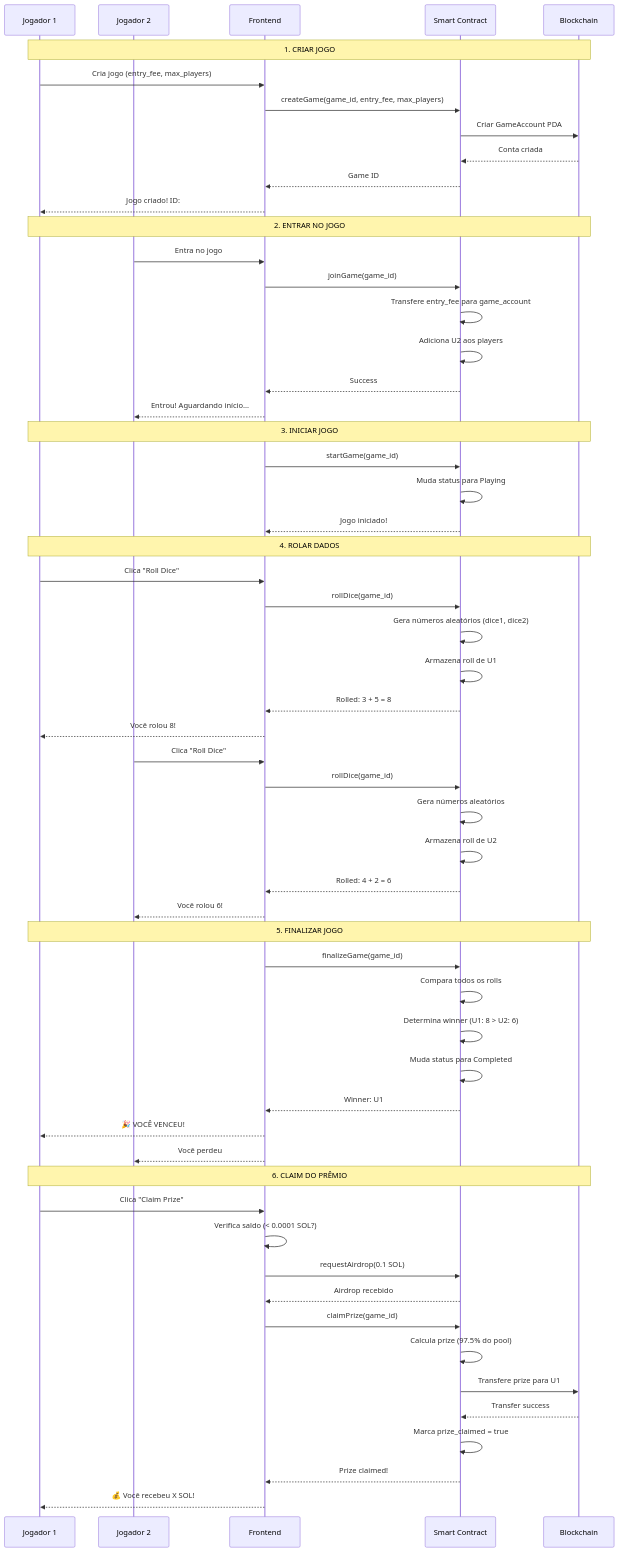
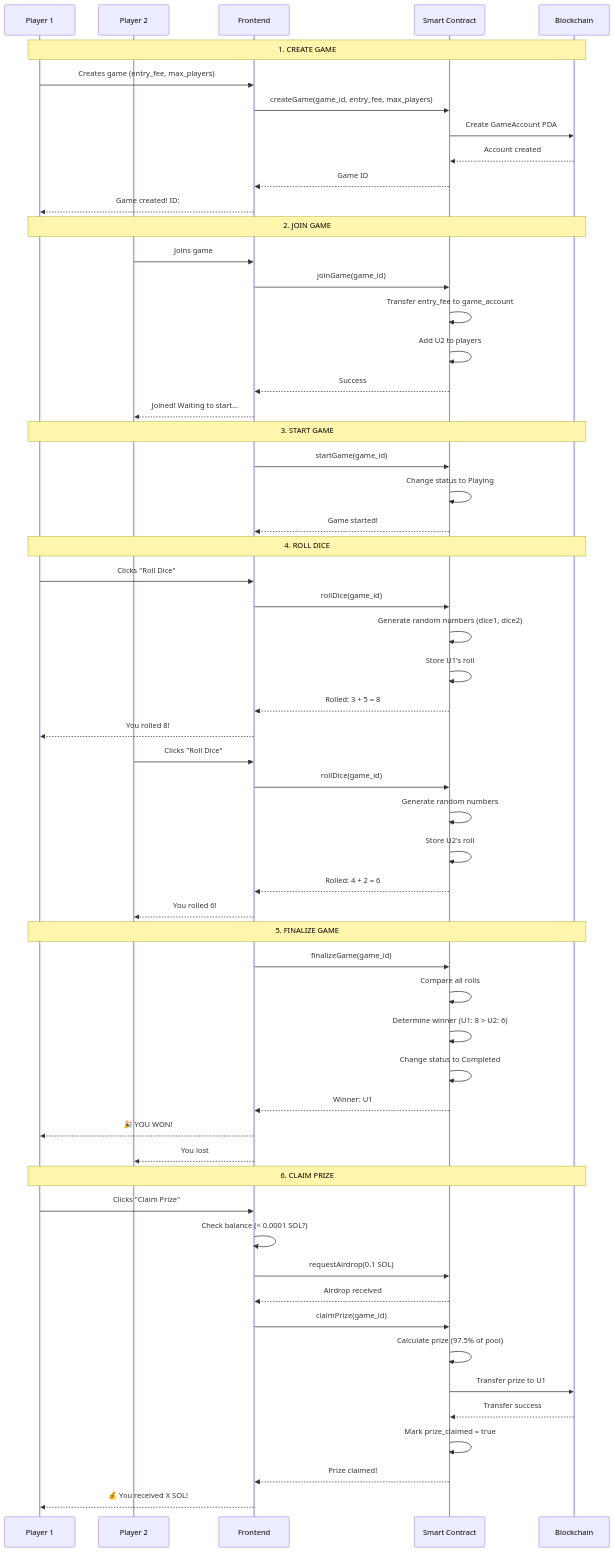
One commit to pedro-gattai/bounty-bet changed the diagram in README.md. Above: the diagram before and after it, drawn with Mermaid. The commit also changed other lines of this file, not shown here.

````diff
--- a/README.md
+++ b/README.md
@@ -44,66 +44,66 @@
 ```mermaid
 sequenceDiagram
-    participant U1 as Jogador 1
-    participant U2 as Jogador 2
+    participant U1 as Player 1
+    participant U2 as Player 2
     participant FE as Frontend
     participant SC as Smart Contract
     participant BC as Blockchain
 
-    Note over U1,BC: 1. CRIAR JOGO
-    U1->>FE: Cria jogo (entry_fee, max_players)
+    Note over U1,BC: 1. CREATE GAME
+    U1->>FE: Creates game (entry_fee, max_players)
     FE->>SC: createGame(game_id, entry_fee, max_players)
-    SC->>BC: Criar GameAccount PDA
-    BC-->>SC: Conta criada
+    SC->>BC: Create GameAccount PDA
+    BC-->>SC: Account created
     SC-->>FE: Game ID
-    FE-->>U1: Jogo criado! ID: #123
+    FE-->>U1: Game created! ID: #123
 
-    Note over U1,BC: 2. ENTRAR NO JOGO
-    U2->>FE: Entra no jogo #123
+    Note over U1,BC: 2. JOIN GAME
+    U2->>FE: Joins game #123
     FE->>SC: joinGame(game_id)
-    SC->>SC: Transfere entry_fee para game_account
-    SC->>SC: Adiciona U2 aos players
+    SC->>SC: Transfer entry_fee to game_account
+    SC->>SC: Add U2 to players
     SC-->>FE: Success
-    FE-->>U2: Entrou! Aguardando início...
+    FE-->>U2: Joined! Waiting to start...
 
-    Note over U1,BC: 3. INICIAR JOGO
+    Note over U1,BC: 3. START GAME
     FE->>SC: startGame(game_id)
-    SC->>SC: Muda status para Playing
-    SC-->>FE: Jogo iniciado!
+    SC->>SC: Change status to Playing
+    SC-->>FE: Game started!
 
-    Note over U1,BC: 4. ROLAR DADOS
-    U1->>FE: Clica "Roll Dice"
+    Note over U1,BC: 4. ROLL DICE
+    U1->>FE: Clicks "Roll Dice"
     FE->>SC: rollDice(game_id)
-    SC->>SC: Gera números aleatórios (dice1, dice2)
-    SC->>SC: Armazena roll de U1
+    SC->>SC: Generate random numbers (dice1, dice2)
+    SC->>SC: Store U1's roll
     SC-->>FE: Rolled: 3 + 5 = 8
-    FE-->>U1: Você rolou 8!
+    FE-->>U1: You rolled 8!
 
-    U2->>FE: Clica "Roll Dice"
+    U2->>FE: Clicks "Roll Dice"
     FE->>SC: rollDice(game_id)
-    SC->>SC: Gera números aleatórios
-    SC->>SC: Armazena roll de U2
+    SC->>SC: Generate random numbers
+    SC->>SC: Store U2's roll
     SC-->>FE: Rolled: 4 + 2 = 6
-    FE-->>U2: Você rolou 6!
+    FE-->>U2: You rolled 6!
 
-    Note over U1,BC: 5. FINALIZAR JOGO
+    Note over U1,BC: 5. FINALIZE GAME
     FE->>SC: finalizeGame(game_id)
-    SC->>SC: Compara todos os rolls
-    SC->>SC: Determina winner (U1: 8 > U2: 6)
-    SC->>SC: Muda status para Completed
+    SC->>SC: Compare all rolls
+    SC->>SC: Determine winner (U1: 8 > U2: 6)
+    SC->>SC: Change status to Completed
     SC-->>FE: Winner: U1
-    FE-->>U1: 🎉 VOCÊ VENCEU!
-    FE-->>U2: Você perdeu
+    FE-->>U1: 🎉 YOU WON!
+    FE-->>U2: You lost
 
-    Note over U1,BC: 6. CLAIM DO PRÊMIO
-    U1->>FE: Clica "Claim Prize"
-    FE->>FE: Verifica saldo (< 0.0001 SOL?)
+    Note over U1,BC: 6. CLAIM PRIZE
+    U1->>FE: Clicks "Claim Prize"
+    FE->>FE: Check balance (< 0.0001 SOL?)
     FE->>SC: requestAirdrop(0.1 SOL)
-    SC-->>FE: Airdrop recebido
+    SC-->>FE: Airdrop received
     FE->>SC: claimPrize(game_id)
-    SC->>SC: Calcula prize (97.5% do pool)
-    SC->>BC: Transfere prize para U1
+    SC->>SC: Calculate prize (97.5% of pool)
+    SC->>BC: Transfer prize to U1
     BC-->>SC: Transfer success
-    SC->>SC: Marca prize_claimed = true
+    SC->>SC: Mark prize_claimed = true
     SC-->>FE: Prize claimed!
-    FE-->>U1: 💰 Você recebeu X SOL!
+    FE-->>U1: 💰 You received X SOL!
 ```
````
